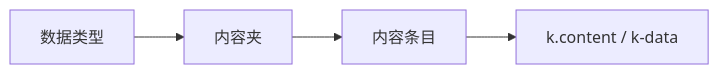
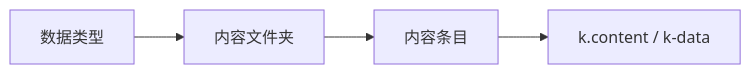
One commit to achen-11/kb-docs changed the diagram in docs/cms/content/index.md. Above: the diagram before and after it, drawn with Mermaid. The commit also changed other lines of this file and 10 other files, not shown here.

````diff
--- a/docs/cms/content/index.md
+++ b/docs/cms/content/index.md
@@ -17,6 +17,6 @@
 ```mermaid
 flowchart LR
-  A[数据类型] --> B[内容夹]
+  A[数据类型] --> B[内容文件夹]
   B --> C[内容条目]
   C --> D[k.content / k-data]
 ```
````
